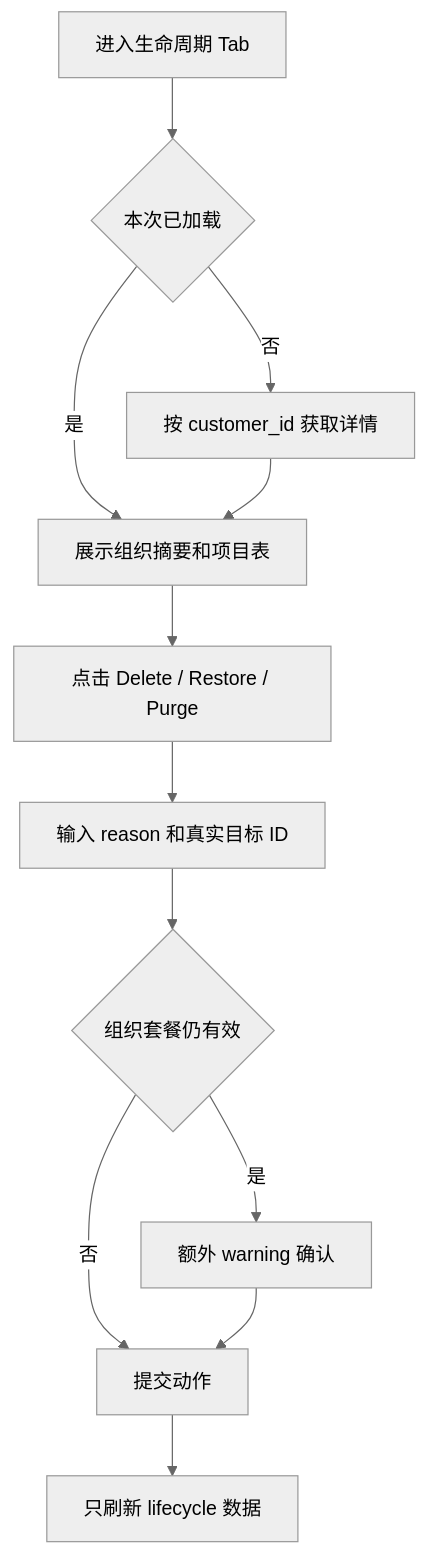
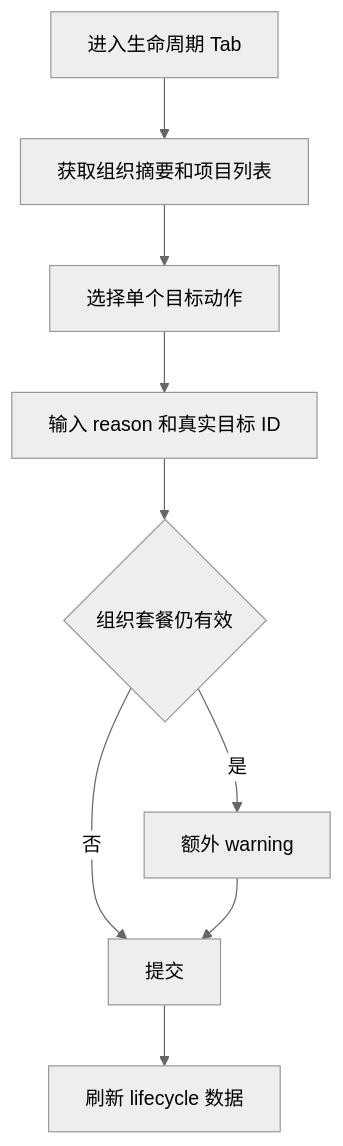
Diagram 23 of 23 in specs/20260716-Wave-Refac-OrganizationProjectLifecycle/04-detail.md (qinwenshiCH/workflow), drawn with Mermaid (neutral theme) before and after one commit. The commit also changed other lines of this file and 4 other files, not shown here.

````diff
--- a/specs/20260716-Wave-Refac-OrganizationProjectLifecycle/04-detail.md
+++ b/specs/20260716-Wave-Refac-OrganizationProjectLifecycle/04-detail.md
@@ -2060,14 +2205,11 @@
 ```mermaid
 flowchart TD
-    Enter["进入生命周期 Tab"] --> Loaded{"本次已加载"}
-    Loaded -->|否| Fetch["按 customer_id 获取详情"]
-    Loaded -->|是| Show["展示组织摘要和项目表"]
-    Fetch --> Show
-    Show --> Action["点击 Delete / Restore / Purge"]
-    Action --> Form["输入 reason 和真实目标 ID"]
-    Form --> Contract{"组织套餐仍有效"}
-    Contract -->|是| Extra["额外 warning 确认"]
-    Contract -->|否| Submit["提交动作"]
+    Enter["进入生命周期 Tab"] --> Fetch["获取组织摘要和项目列表"]
+    Fetch --> Action["选择单个目标动作"]
+    Action --> Input["输入 reason 和真实目标 ID"]
+    Input --> Contract{"组织套餐仍有效"}
+    Contract -->|"是"| Extra["额外 warning"]
+    Contract -->|"否"| Submit["提交"]
     Extra --> Submit
-    Submit --> Refresh["只刷新 lifecycle 数据"]
+    Submit --> Refresh["刷新 lifecycle 数据"]
 ```
````
